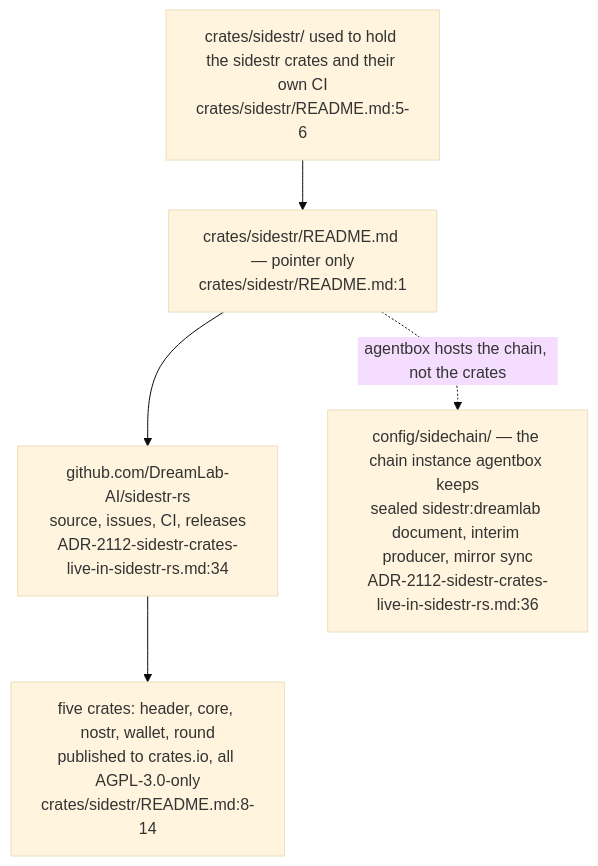
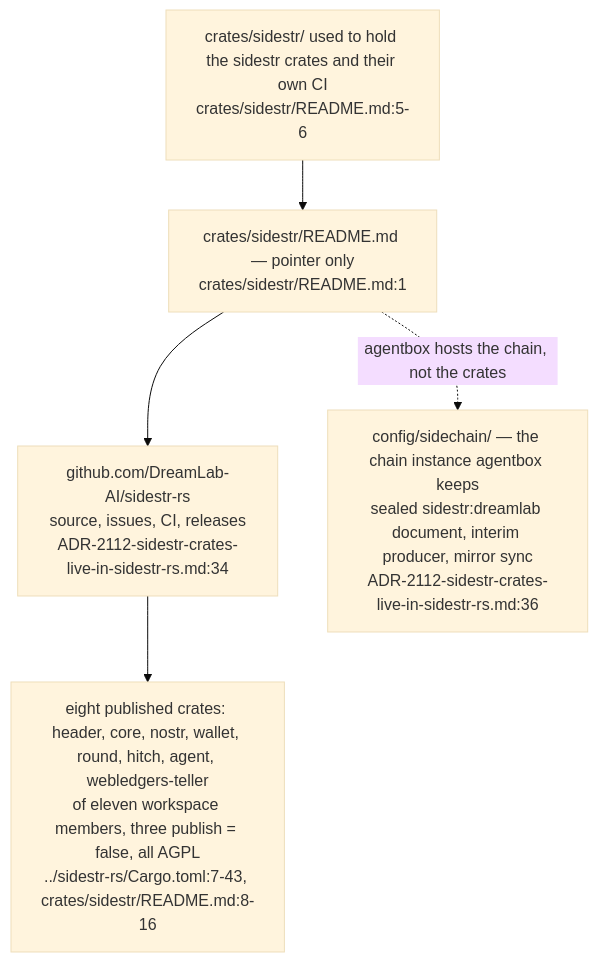
One commit to DreamLab-AI/VisionFlow changed the first of 2 diagrams in docs/diagrams/agentbox/33-sidestr-crates.md. Above: the diagram before and after it, drawn with Mermaid (base theme). The commit also changed other lines of this file and 10 other files, not shown here.

First line of the commit message:
docs(diagrams): close ER-1 to ER-4 and ER-33 across ten topics, re-stamped

````diff
--- a/docs/diagrams/agentbox/33-sidestr-crates.md
+++ b/docs/diagrams/agentbox/33-sidestr-crates.md
@@ -30,12 +31,12 @@
 ```mermaid
 flowchart TB
     OLD["crates/sidestr/ used to hold the sidestr crates and their own CI<br/>crates/sidestr/README.md:5-6"]
     PTR["crates/sidestr/README.md — pointer only<br/>crates/sidestr/README.md:1"]
     REPO["github.com/DreamLab-AI/sidestr-rs<br/>source, issues, CI, releases<br/>ADR-2112-sidestr-crates-live-in-sidestr-rs.md:34"]
-    FIVE["five crates: header, core, nostr, wallet, round<br/>published to crates.io, all AGPL-3.0-only<br/>crates/sidestr/README.md:8-14"]
+    FIVE["eight published crates: header, core, nostr, wallet, round, hitch, agent, webledgers-teller<br/>of eleven workspace members, three publish = false, all AGPL<br/>../sidestr-rs/Cargo.toml:7-43, crates/sidestr/README.md:8-16"]
     CHAIN["config/sidechain/ — the chain instance agentbox keeps<br/>sealed sidestr:dreamlab document, interim producer, mirror sync<br/>ADR-2112-sidestr-crates-live-in-sidestr-rs.md:36"]
     OLD --> PTR
     PTR --> REPO
     REPO --> FIVE
     PTR -.->|"agentbox hosts the chain, not the crates"| CHAIN
 ```
````
